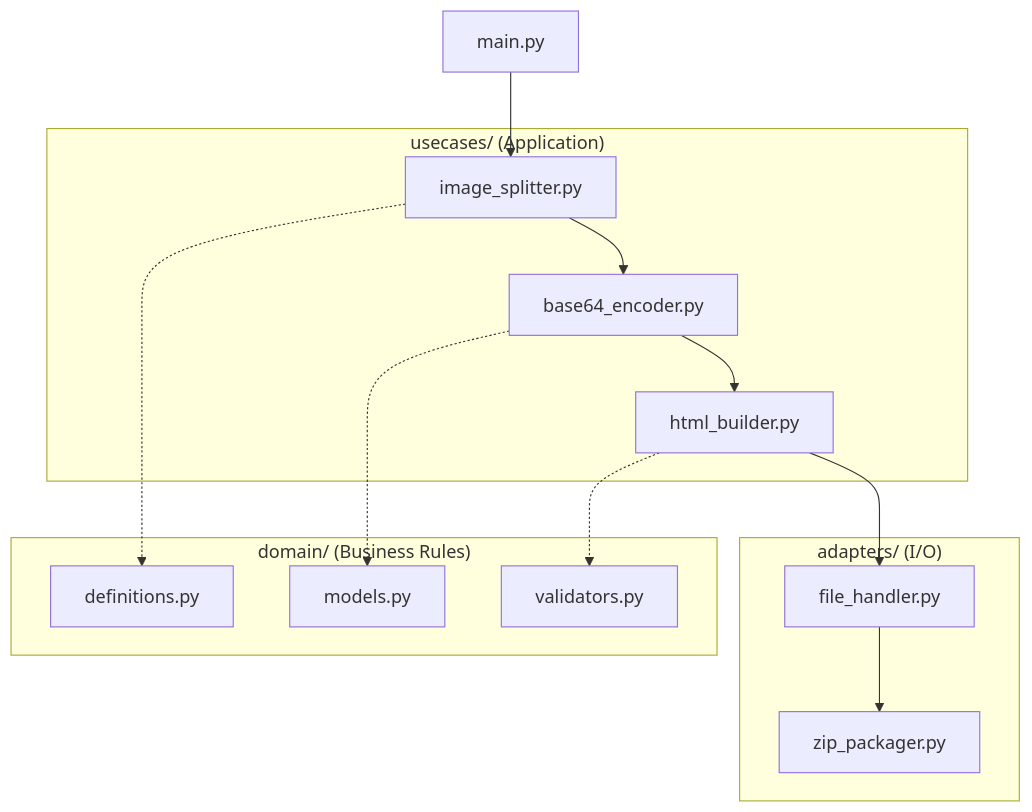
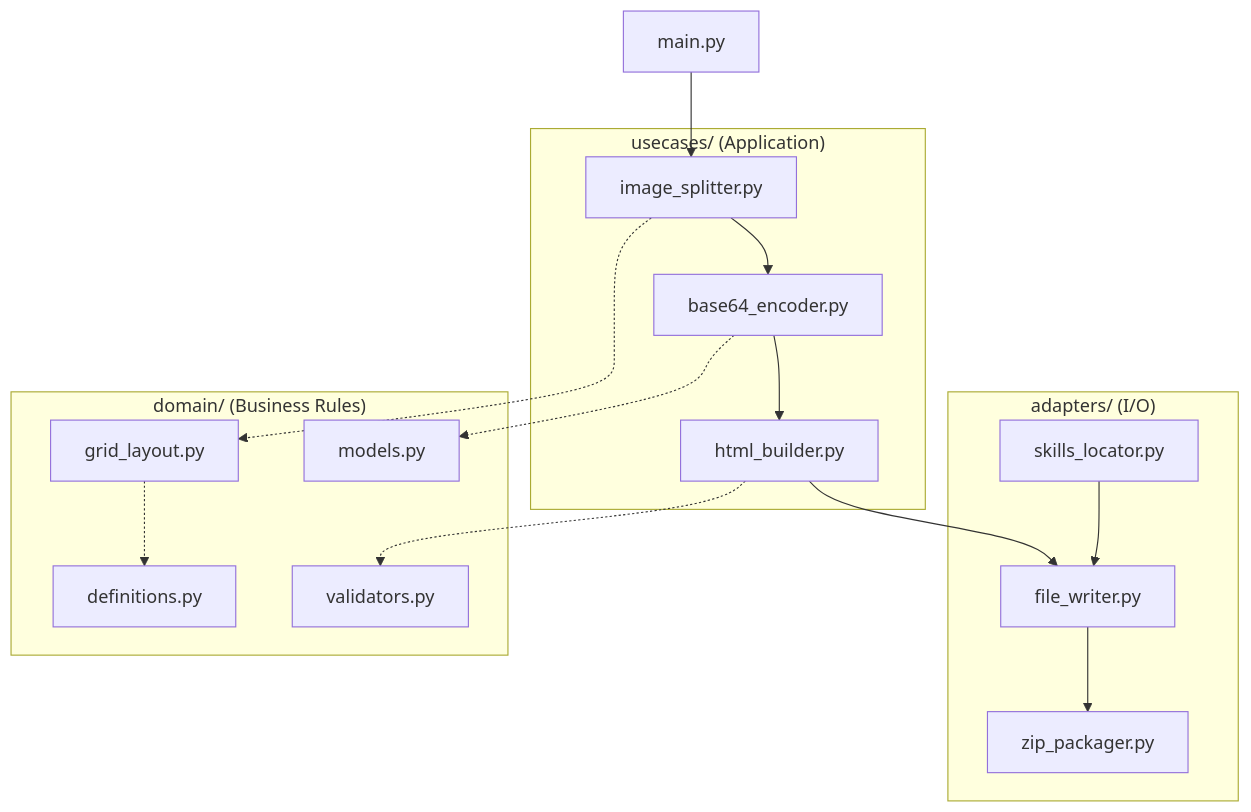
The diagram in VisualExpression/CONTRIBUTING.md (Bizuayeu/Plugins-Weave), drawn with Mermaid before and after one commit. The commit also changed other lines of this file and 5 other files, not shown here.

````diff
--- a/VisualExpression/CONTRIBUTING.md
+++ b/VisualExpression/CONTRIBUTING.md
@@ -56,29 +63,33 @@
 ```mermaid
 flowchart TB
     subgraph Adapters["adapters/ (I/O)"]
-        FH[file_handler.py]
+        FW[file_writer.py]
         ZP[zip_packager.py]
+        SL[skills_locator.py]
     end
 
     subgraph Usecases["usecases/ (Application)"]
         IS[image_splitter.py]
         BE[base64_encoder.py]
         HB[html_builder.py]
     end
 
     subgraph Domain["domain/ (Business Rules)"]
         DEF[definitions.py]
         MOD[models.py]
         VAL[validators.py]
+        GL[grid_layout.py]
     end
 
     main.py --> IS
     IS --> BE
     BE --> HB
-    HB --> FH
-    FH --> ZP
+    HB --> FW
+    FW --> ZP
+    SL --> FW
 
-    IS -.-> DEF
+    IS -.-> GL
     BE -.-> MOD
     HB -.-> VAL
+    GL -.-> DEF
 ```
````
